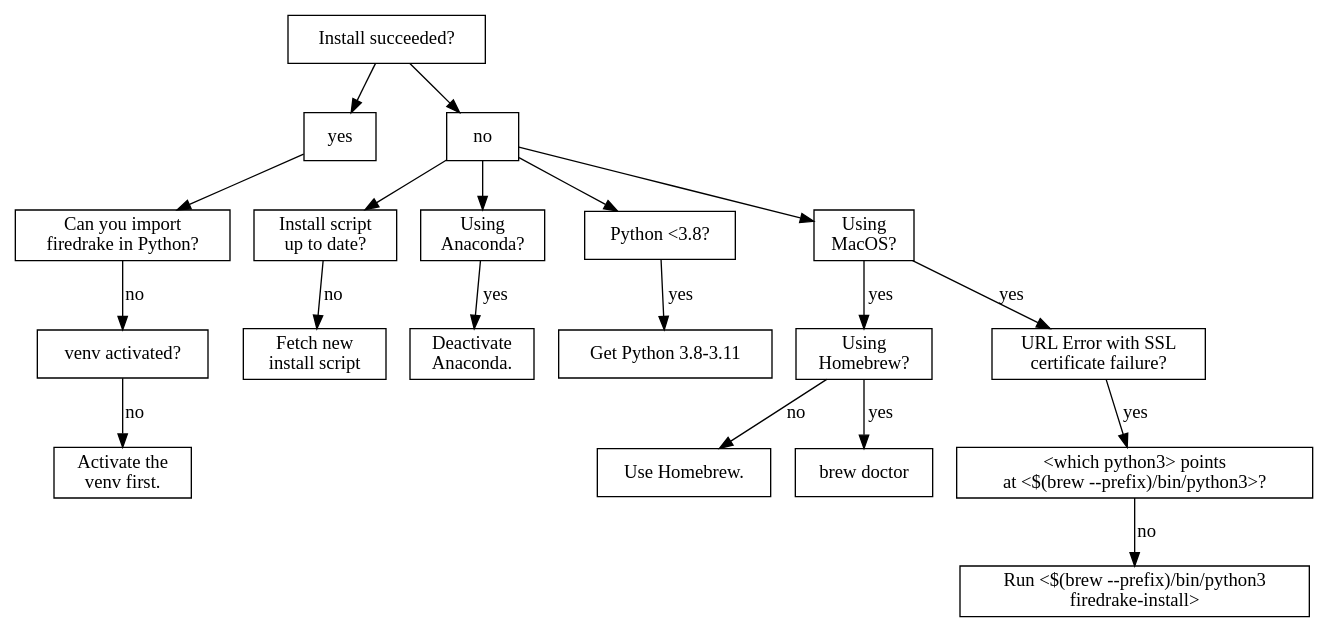
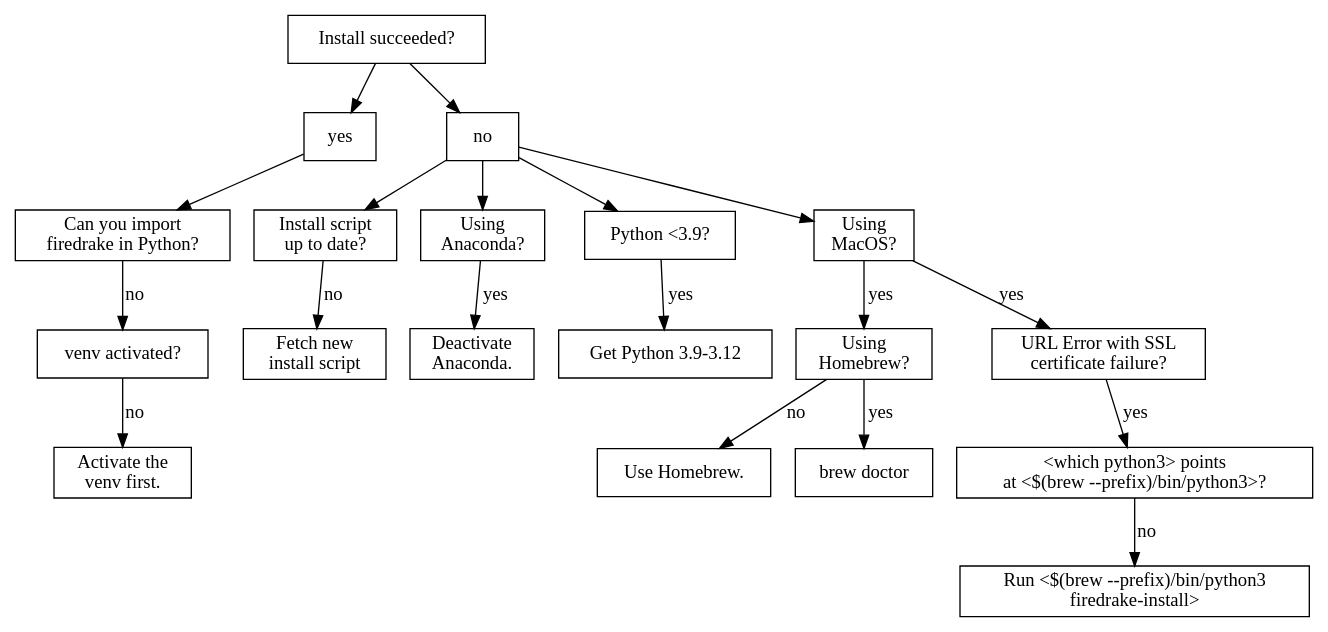
The diagram in docs/source/install-debug.dot (firedrakeproject/firedrake), drawn with Graphviz before and after one commit. The commit also changed 1 other file, not shown here.

Commit message:
Update documentation to Python3.9-3.12

```diff
--- a/docs/source/install-debug.dot
+++ b/docs/source/install-debug.dot
@@ -1,41 +1,41 @@
 digraph triage {
     node [shape=rect];
 
     can_install [label="Install succeeded?"];
     install_succeeded [label="yes"];
     install_failed [label="no"];
     can_import [label="Can you import\nfiredrake in Python?"];
     venv_activated [label="venv activated?"];
     install_script_up_to_date [label="Install script\nup to date?"];
     using_anaconda [label="Using\nAnaconda?"];
-    python_version [label="Python <3.8?"];
+    python_version [label="Python <3.9?"];
     using_macos [label="Using\nMacOS?"];
     using_homebrew [label="Using\nHomebrew?"];
     url_error [label="URL Error with SSL\ncertificate failure?"];
     which_python [label="<which python3> points\nat <$(brew --prefix)/bin/python3>?"];
 
     activate_venv [label="Activate the\nvenv first."];
     uninstall_anaconda [label="Deactivate\nAnaconda."];
-    update_python [label="Get Python 3.8-3.11"];
+    update_python [label="Get Python 3.9-3.12"];
     update_install_script [label="Fetch new\ninstall script"];
     get_homebrew [label="Use Homebrew."];
     brew_doctor [label="brew doctor"];
     explicit_path [label="Run <$(brew --prefix)/bin/python3\n firedrake-install>"];
 
     can_install -> install_succeeded;
     install_succeeded -> can_import;
     can_import -> venv_activated [label="no"];
     venv_activated -> activate_venv [label="no"];
 
     can_install -> install_failed;
     install_failed -> {install_script_up_to_date, using_anaconda, python_version, using_macos};
     install_script_up_to_date -> update_install_script [label="no"];
     python_version -> update_python [label="yes"];
     using_anaconda -> uninstall_anaconda [label="yes"];
     using_macos -> using_homebrew [label="yes"];
     using_homebrew -> get_homebrew [label="no"];
     using_homebrew -> brew_doctor [label="yes"];
     using_macos -> url_error [label="yes"];
     url_error -> which_python [label="yes"];
     which_python -> explicit_path [label="no"];
 }
```
